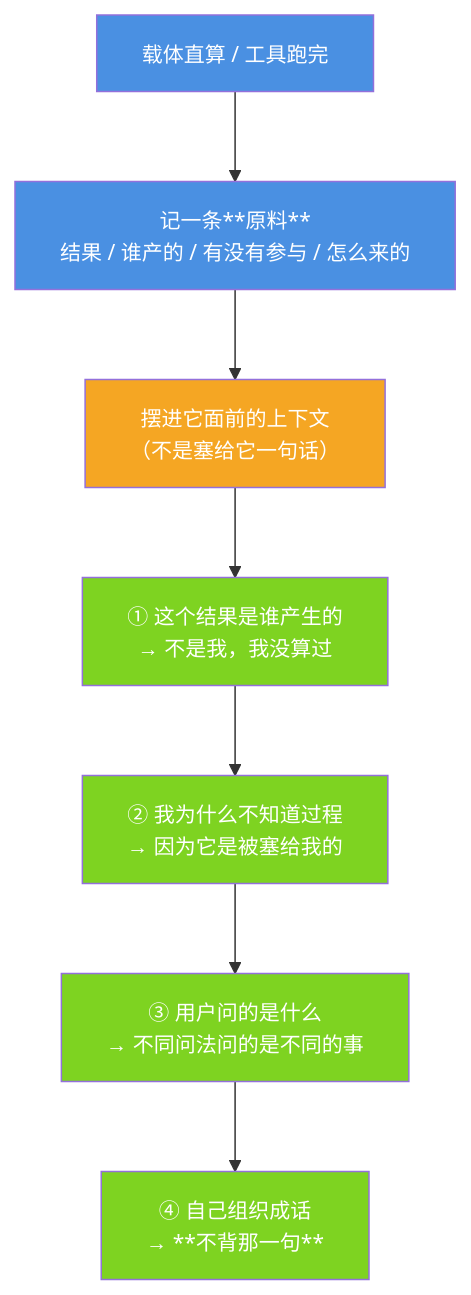
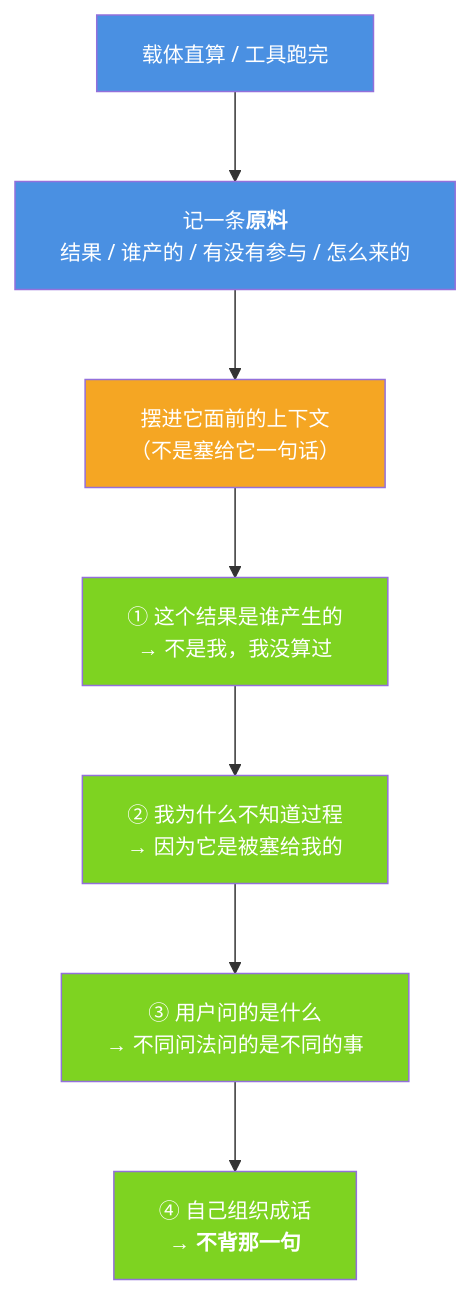
The diagram in docs/raw-material.md (jiangchuangege/xiaojiao-harnees), drawn with Mermaid before and after one commit. The commit also changed 18 other files, not shown here.

Commit message:
修渲染缺陷：Mermaid 里 43 处 ** 换成可渲染的 <b>（Mermaid 不解析 Markdown 加粗，图里原样显示星号）；去掉列表里嵌套的 json 围栏；新增 check_render.py 并接入 CI

````diff
--- a/docs/raw-material.md
+++ b/docs/raw-material.md
@@ -50,18 +50,18 @@
 ```mermaid
 %%{init: {"themeVariables": {"fontSize": "14px"}, "flowchart": {"htmlLabels": true, "wrappingWidth": 340, "nodeSpacing": 46, "rankSpacing": 60, "useMaxWidth": true}}}%%
 flowchart TB
-    R["载体直算 / 工具跑完"] --> M["记一条**原料**<br/>结果 / 谁产的 / 有没有参与 / 怎么来的"]
+    R["载体直算 / 工具跑完"] --> M["记一条<b>原料</b><br/>结果 / 谁产的 / 有没有参与 / 怎么来的"]
     M --> C["摆进它面前的上下文<br/>（不是塞给它一句话）"]
     C --> S1["① 这个结果是谁产生的<br/>→ 不是我，我没算过"]
     S1 --> S2["② 我为什么不知道过程<br/>→ 因为它是被塞给我的"]
     S2 --> S3["③ 用户问的是什么<br/>→ 不同问法问的是不同的事"]
-    S3 --> S4["④ 自己组织成话<br/>→ **不背那一句**"]
+    S3 --> S4["④ 自己组织成话<br/>→ <b>不背那一句</b>"]
     style R fill:#4A90E2,color:#fff
     style M fill:#4A90E2,color:#fff
     style C fill:#F5A623,color:#fff
     style S1 fill:#7ED321,color:#fff
     style S2 fill:#7ED321,color:#fff
     style S3 fill:#7ED321,color:#fff
     style S4 fill:#7ED321,color:#fff
 
 ```
````
